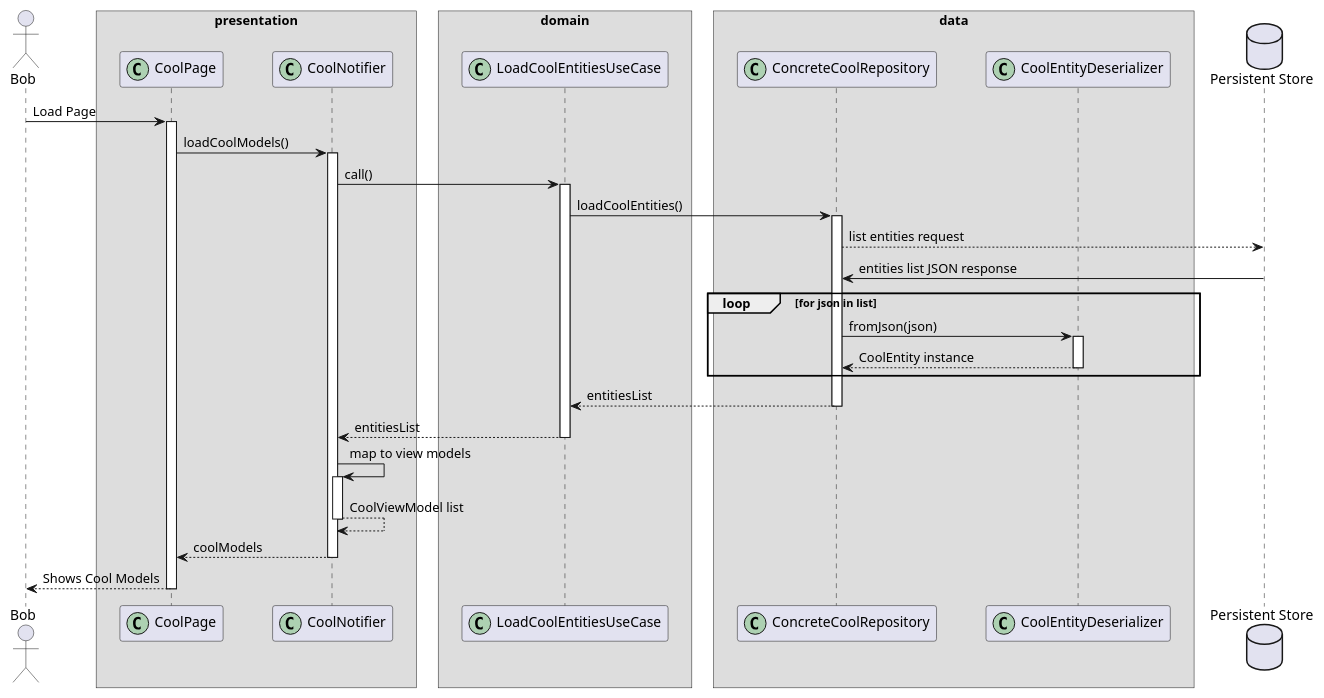
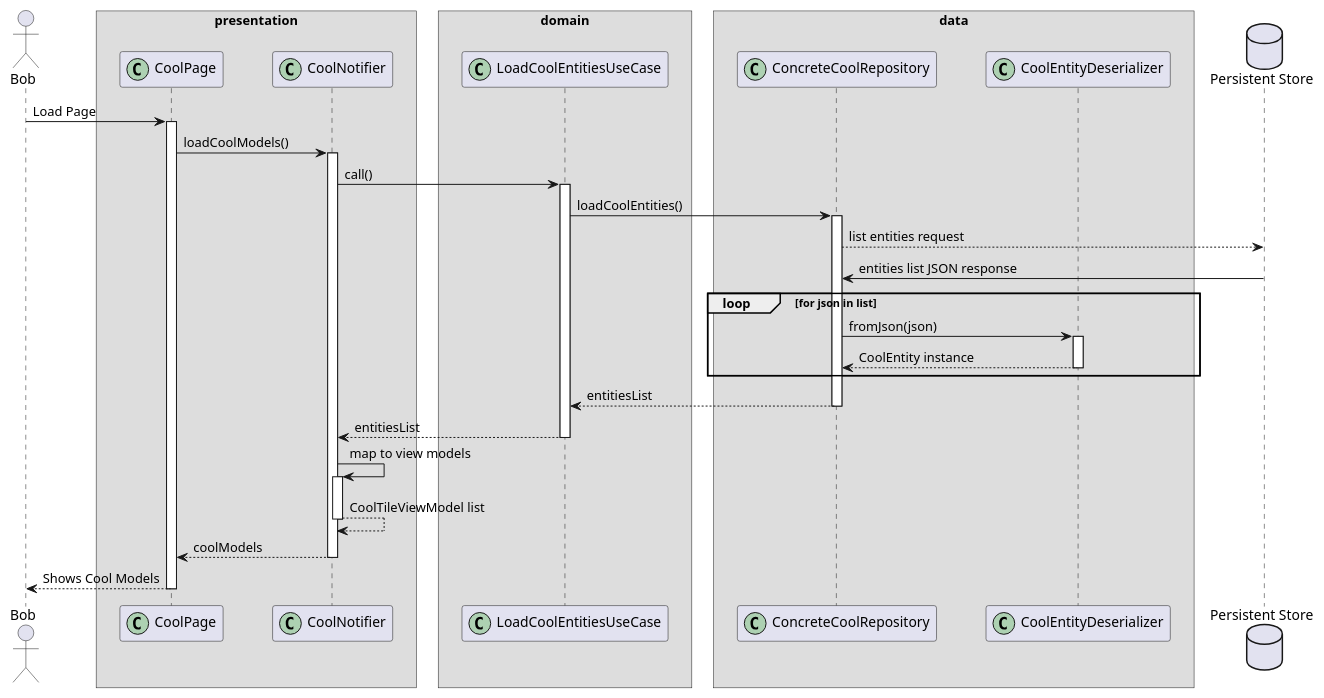
Before and after one commit to Flank/flank-dashboard: the diagram in metrics/web/docs/diagrams/web_layers_sequence_diagram.puml, drawn with PlantUML. The commit also changed 5 other files, not shown here.

Commit message:
fixes according to review suggestions + fix diagram links

```diff
--- a/metrics/web/docs/diagrams/web_layers_sequence_diagram.puml
+++ b/metrics/web/docs/diagrams/web_layers_sequence_diagram.puml
@@ -1,45 +1,45 @@
 @startuml web_layers_sequence_diagram
     skinparam ParticipantPadding 20
     skinparam BoxPadding 10
 
     actor Bob
 
     box "presentation"
         participant CoolPage << (C,#ADD1B2) >>
         participant CoolNotifier << (C,#ADD1B2) >>
     end box
 
     box "domain"
         participant LoadCoolEntitiesUseCase << (C,#ADD1B2) >>
     end box
 
     box "data"
         participant ConcreteCoolRepository << (C,#ADD1B2) >>
         participant CoolEntityDeserializer << (C,#ADD1B2) >>
     end box
 
     database "Persistent Store" as PS
 
     Bob -> CoolPage : Load Page
     activate CoolPage
     CoolPage -> CoolNotifier : loadCoolModels()
     activate CoolNotifier
     CoolNotifier -> LoadCoolEntitiesUseCase : call()
     activate LoadCoolEntitiesUseCase
     LoadCoolEntitiesUseCase -> ConcreteCoolRepository : loadCoolEntities() 
     activate ConcreteCoolRepository
     ConcreteCoolRepository --> PS : list entities request
     PS -> ConcreteCoolRepository : entities list JSON response
     loop for json in list
         ConcreteCoolRepository -> CoolEntityDeserializer : fromJson(json)
         activate CoolEntityDeserializer
         return CoolEntity instance
     end
     return entitiesList
     return entitiesList
     CoolNotifier -> CoolNotifier: map to view models
     activate CoolNotifier
-    return CoolViewModel list
+    return CoolTileViewModel list
     return coolModels
     return Shows Cool Models
 @enduml
```
